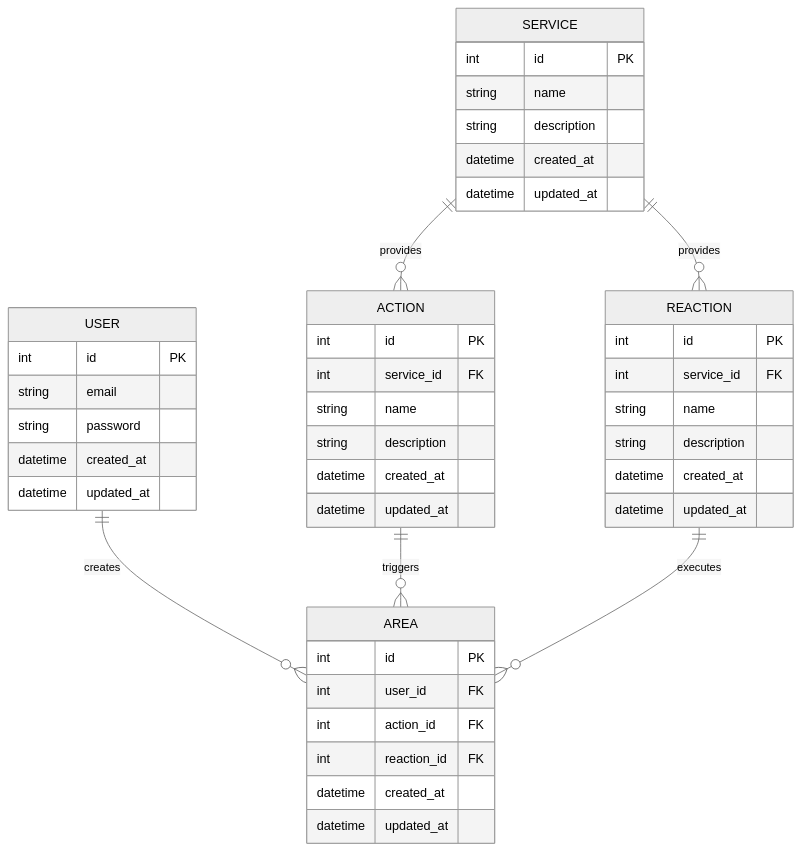
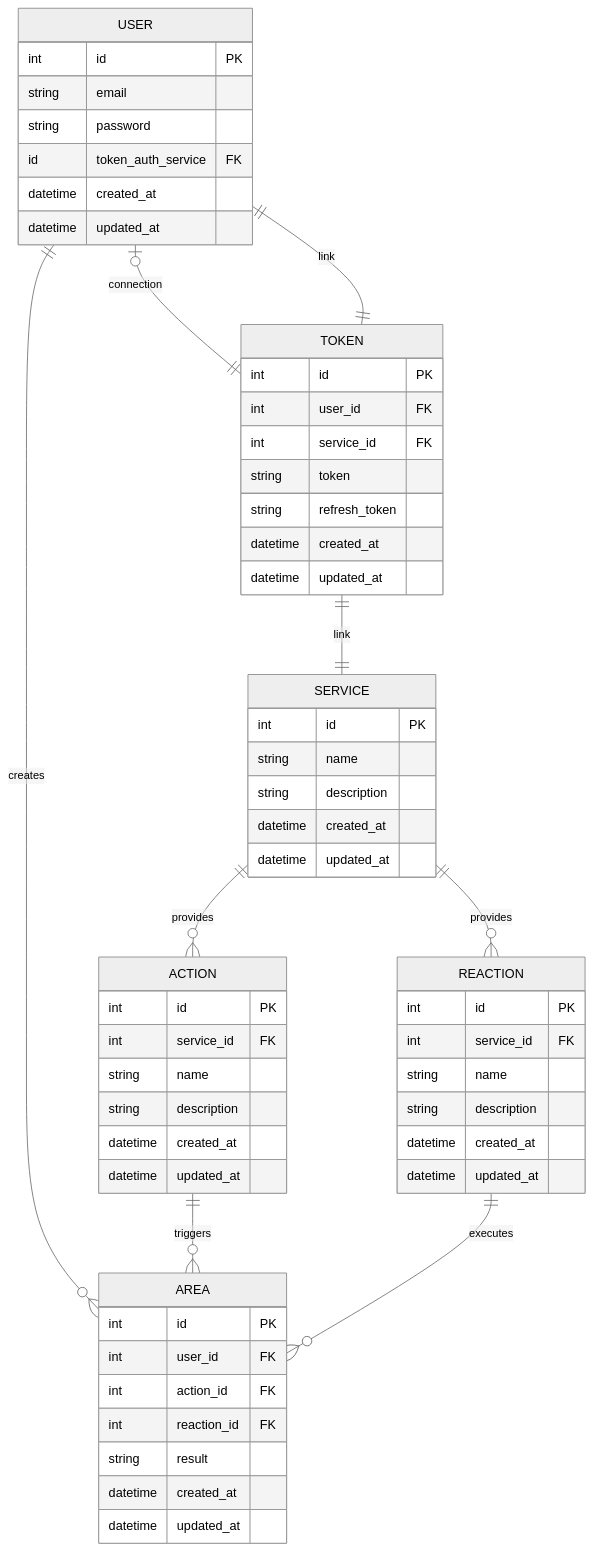
Before and after one commit to Epitouche/Perimeter: the diagram in docs/database.md, drawn with Mermaid (neutral theme).

Commit message:
[ADD] Enhance database schema token authentication and relationships

````diff
--- a/docs/database.md
+++ b/docs/database.md
@@ -16,47 +16,62 @@
 ```mermaid
 erDiagram
     USER {
         int id PK
         string email
         string password
+        id token_auth_service FK
         datetime created_at
         datetime updated_at
     }
     SERVICE {
         int id PK
         string name
         string description
         datetime created_at
         datetime updated_at
     }
     ACTION {
         int id PK
         int service_id FK
         string name
         string description
         datetime created_at
         datetime updated_at
     }
     REACTION {
         int id PK
         int service_id FK
         string name
         string description
         datetime created_at
         datetime updated_at
     }
     AREA {
         int id PK
         int user_id FK
         int action_id FK
         int reaction_id FK
+        string result
+        datetime created_at
+        datetime updated_at
+    }
+
+    TOKEN {
+        int id PK
+        int user_id FK
+        int service_id FK
+        string token
+        string refresh_token
         datetime created_at
         datetime updated_at
     }
 
     USER ||--o{ AREA : "creates"
     SERVICE ||--o{ ACTION : "provides"
     SERVICE ||--o{ REACTION : "provides"
     ACTION ||--o{ AREA : "triggers"
     REACTION ||--o{ AREA : "executes"
+    USER |o--|| TOKEN : "connection"
+    TOKEN ||--|| USER : "link"
+    TOKEN ||--|| SERVICE : "link"
 ```
````
